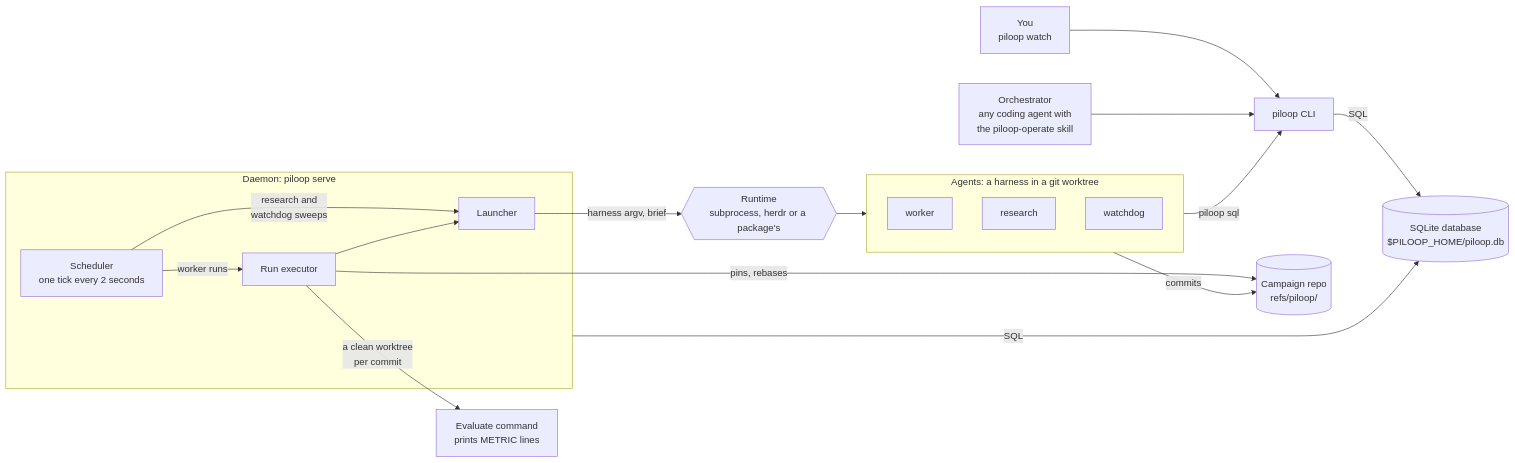
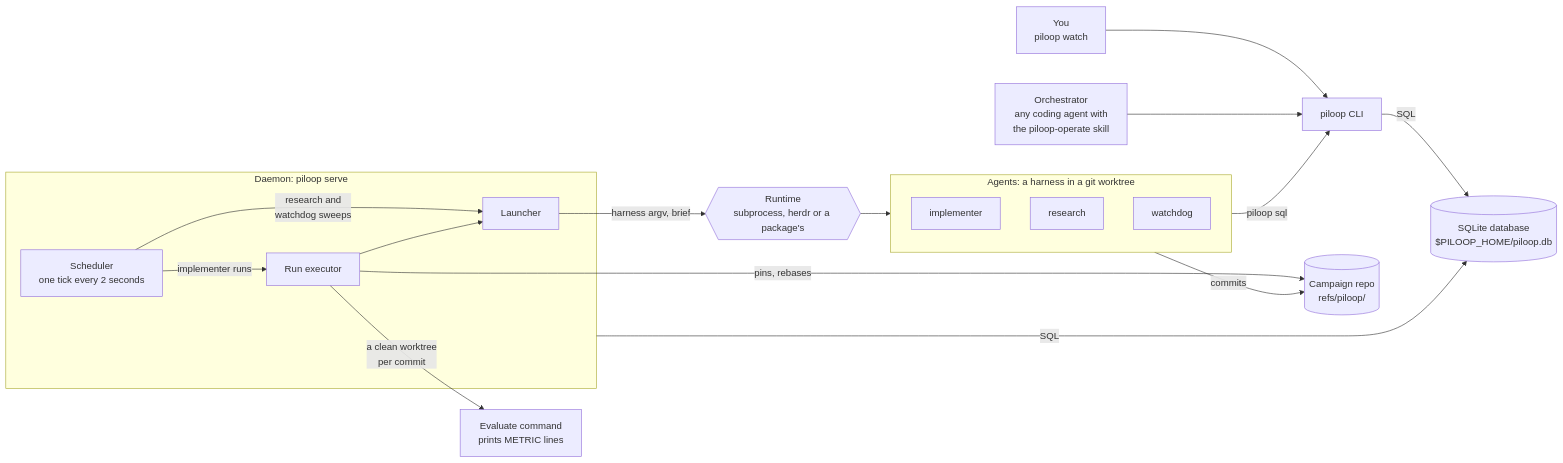
The second of 2 diagrams in docs/architecture/overview.mdx (VatsaDev/piloop), drawn with Mermaid before and after one commit. The commit also changed other lines of this file and 171 other files, not shown here.

First line of the commit message:
feat!: the worker role is the implementer, and the workers table is agent_sessions (#131)

````diff
--- a/docs/architecture/overview.mdx
+++ b/docs/architecture/overview.mdx
@@ -64,34 +64,34 @@
 ```mermaid
 flowchart LR
     human["You<br/>piloop watch"]
     orch["Orchestrator<br/>any coding agent with<br/>the piloop-operate skill"]
     cli["piloop CLI"]
     db[("SQLite database<br/>$PILOOP_HOME/piloop.db")]
     subgraph daemon["Daemon: piloop serve"]
         scheduler["Scheduler<br/>one tick every 2 seconds"]
         executor["Run executor"]
         launcher["Launcher"]
     end
     runtime{{"Runtime<br/>subprocess, herdr or a package's"}}
     subgraph agents["Agents: a harness in a git worktree"]
-        worker["worker"]
+        implementer["implementer"]
         research["research"]
         watchdog["watchdog"]
     end
     evaluate["Evaluate command<br/>prints METRIC lines"]
     repo[("Campaign repo<br/>refs/piloop/")]
 
     human --> cli
     orch --> cli
     cli -->|SQL| db
     daemon -->|SQL| db
-    scheduler -->|worker runs| executor
+    scheduler -->|implementer runs| executor
     scheduler -->|research and<br/>watchdog sweeps| launcher
     executor --> launcher
     launcher -->|harness argv, brief| runtime
     runtime --> agents
     agents -->|piloop sql| cli
     agents -->|commits| repo
     executor -->|a clean worktree<br/>per commit| evaluate
     executor -->|pins, rebases| repo
 ```
````
